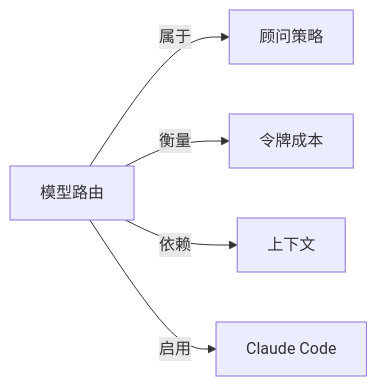
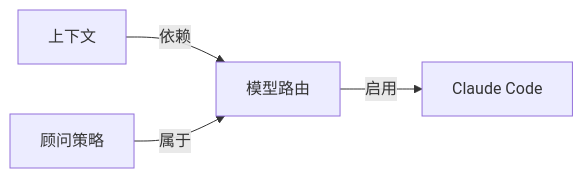
The diagram in wiki/模型路由.md (yibie/claude-best-practices-zh), drawn with Mermaid before and after one commit. The commit also changed other lines of this file and 407 other files, not shown here.

Commit message:
feat: DeepSeek 三遍审校（译文/关系/图谱）+ 可部署静态站点

````diff
--- a/wiki/模型路由.md
+++ b/wiki/模型路由.md
@@ -47,8 +47,7 @@
 ```mermaid
 graph LR
   C["模型路由"]
-  C -->|属于| N0["顾问策略"]
-  C -->|衡量| N1["令牌成本"]
-  C -->|依赖| N2["上下文"]
-  C -->|启用| N3["Claude Code"]
+  C -->|启用| N0["Claude Code"]
+  N1["上下文"] -->|依赖| C
+  N2["顾问策略"] -->|属于| C
 ```
````
